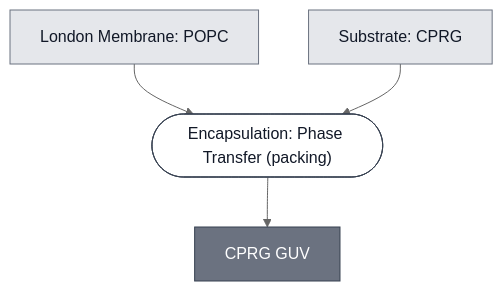
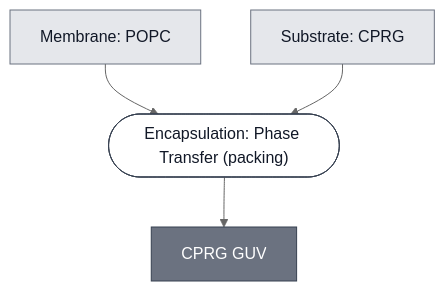
Before and after one commit to nucleus-eng/nucleus-docs: the diagram in docs/modules/guv-cprg/spec.md, drawn with Mermaid (neutral theme). The commit also changed other lines of this file and 49 other files, not shown here.

````diff
--- a/docs/modules/guv-cprg/spec.md
+++ b/docs/modules/guv-cprg/spec.md
@@ -38,25 +38,25 @@
 ```mermaid
 flowchart TD
-    MEMBRANE_POPC["London Membrane: POPC"]
+    MEMBRANE_POPC["Membrane: POPC"]
     SUBSTRATE_CPRG["Substrate: CPRG"]
 
     P1_ENCAPSULATE_CPRG_0(["Encapsulation: Phase Transfer (packing)"])
     GUV_CPRG["CPRG GUV"]
 
     MEMBRANE_POPC --> P1_ENCAPSULATE_CPRG_0
     SUBSTRATE_CPRG --> P1_ENCAPSULATE_CPRG_0
     P1_ENCAPSULATE_CPRG_0 --> GUV_CPRG
 
 
     classDef leaf     fill:#e5e7eb,stroke:#6b7280,color:#111827;
     classDef composed fill:#6b7280,stroke:#374151,color:#ffffff;
     classDef process  fill:#ffffff,stroke:#374151,color:#111827;
     class MEMBRANE_POPC,SUBSTRATE_CPRG leaf;
     class GUV_CPRG composed;
     class P1_ENCAPSULATE_CPRG_0 process;
 
     click MEMBRANE_POPC "/docs/modules/membrane-popc/spec"
     click SUBSTRATE_CPRG "/docs/modules/substrate-cprg/spec"
     click P1_ENCAPSULATE_CPRG_0 "/docs/processes/assemble-base-cell/main"
     click GUV_CPRG "/docs/modules/guv-cprg/spec"
 ```
````
